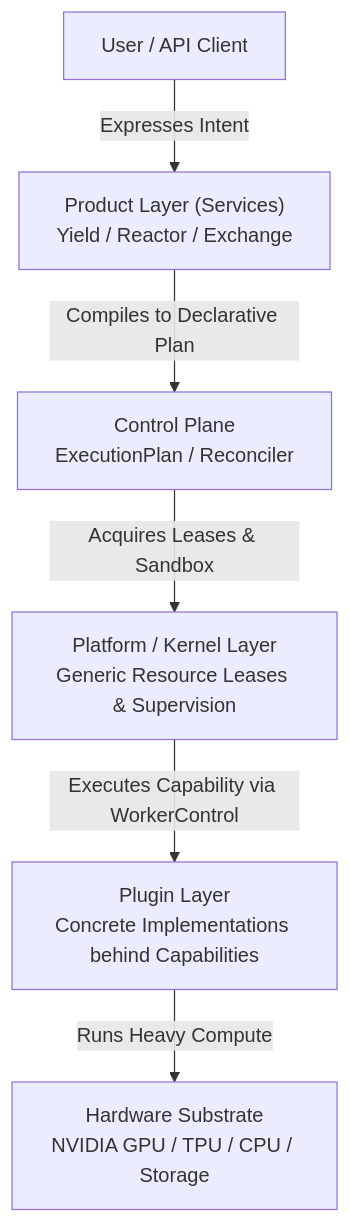
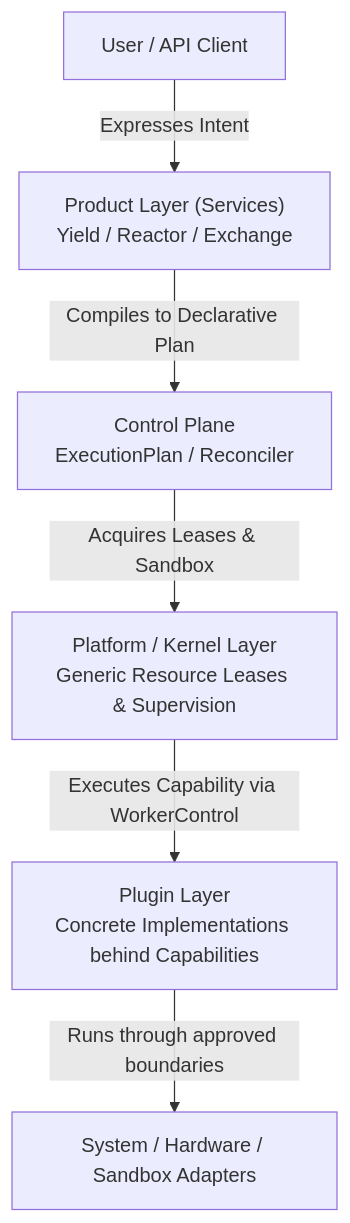
Before and after one commit to DoHorizon-AI/Cyrene-Platform: the diagram in docs/start-here/00-what-is-cyrene.md, drawn with Mermaid. The commit also changed other lines of this file and 41 other files, not shown here.

````diff
--- a/docs/start-here/00-what-is-cyrene.md
+++ b/docs/start-here/00-what-is-cyrene.md
@@ -11,8 +16,8 @@
 ```mermaid
 graph TD
     User["User / API Client"] -->|Expresses Intent| Product["Product Layer (Services)<br/>Yield / Reactor / Exchange"]
     Product -->|Compiles to Declarative Plan| Control["Control Plane<br/>ExecutionPlan / Reconciler"]
     Control -->|Acquires Leases & Sandbox| Platform["Platform / Kernel Layer<br/>Generic Resource Leases & Supervision"]
     Platform -->|Executes Capability via WorkerControl| Plugins["Plugin Layer<br/>Concrete Implementations behind Capabilities"]
-    Plugins -->|Runs Heavy Compute| Hardware["Hardware Substrate<br/>NVIDIA GPU / TPU / CPU / Storage"]
+    Plugins -->|Runs through approved boundaries| Adapters["System / Hardware / Sandbox Adapters"]
 ```
````
